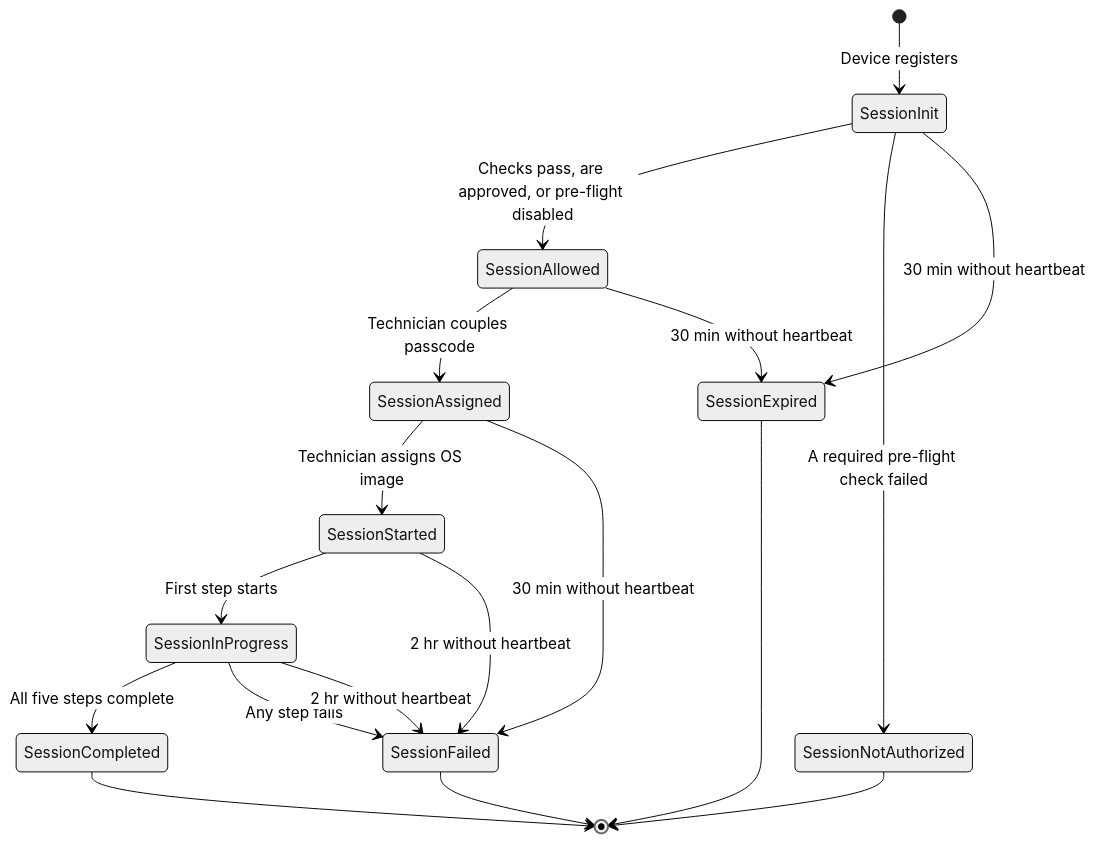
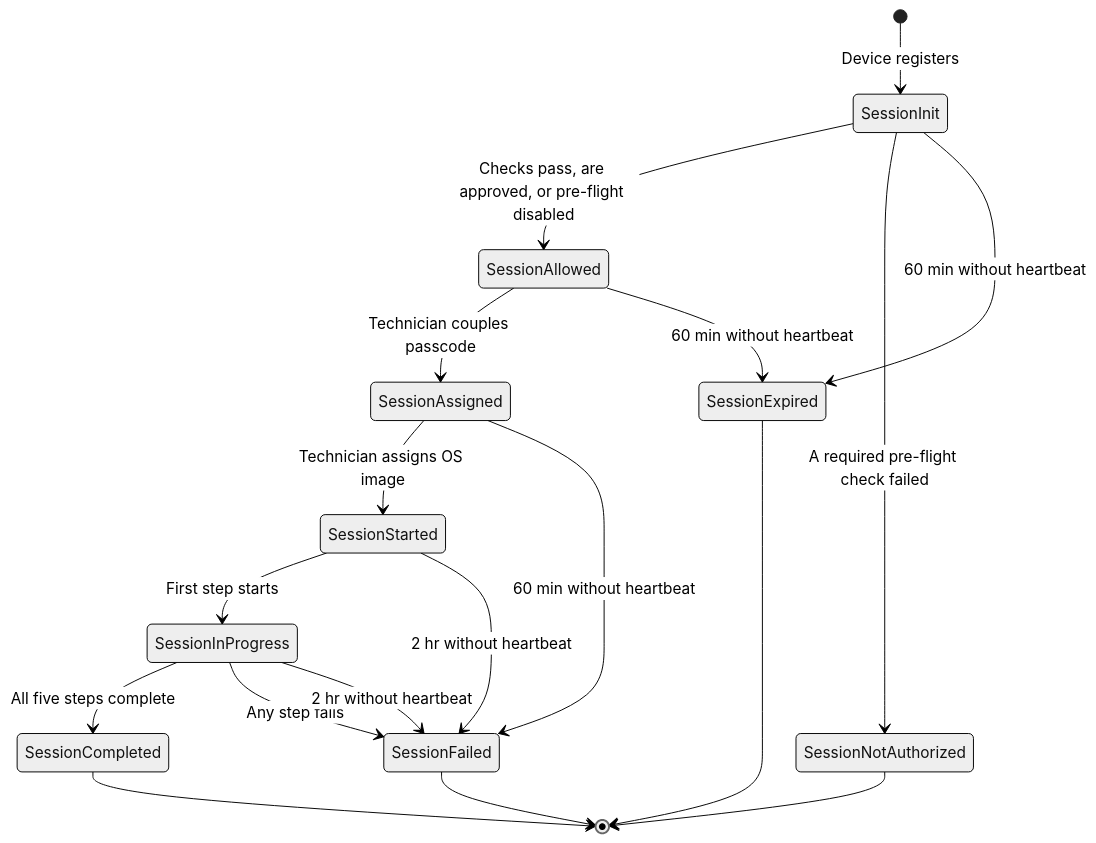
Before and after one commit to MSEndpointMgr/CloudImaging: the first of 2 diagrams in docs/session-lifecycle.md, drawn with Mermaid (neutral theme). The commit also changed other lines of this file and 53 other files, not shown here.

````diff
--- a/docs/session-lifecycle.md
+++ b/docs/session-lifecycle.md
@@ -9,23 +9,23 @@
 ```mermaid
 stateDiagram-v2
     [*] --> SessionInit: Device registers
     SessionInit --> SessionAllowed: Checks pass, are approved, or pre-flight disabled
     SessionInit --> SessionNotAuthorized: A required pre-flight check failed
 
     SessionAllowed --> SessionAssigned: Technician couples passcode
     SessionAssigned --> SessionStarted: Technician assigns OS image
     SessionStarted --> SessionInProgress: First step starts
     SessionInProgress --> SessionCompleted: All five steps complete
     SessionInProgress --> SessionFailed: Any step fails
 
-    SessionInit --> SessionExpired: 30 min without heartbeat
-    SessionAllowed --> SessionExpired: 30 min without heartbeat
-    SessionAssigned --> SessionFailed: 30 min without heartbeat
+    SessionInit --> SessionExpired: 60 min without heartbeat
+    SessionAllowed --> SessionExpired: 60 min without heartbeat
+    SessionAssigned --> SessionFailed: 60 min without heartbeat
     SessionStarted --> SessionFailed: 2 hr without heartbeat
     SessionInProgress --> SessionFailed: 2 hr without heartbeat
 
     SessionCompleted --> [*]
     SessionFailed --> [*]
     SessionNotAuthorized --> [*]
     SessionExpired --> [*]
 ```
````
